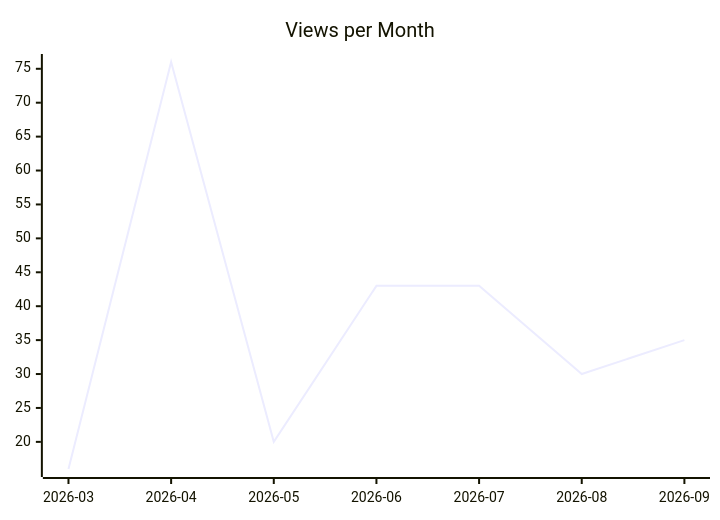
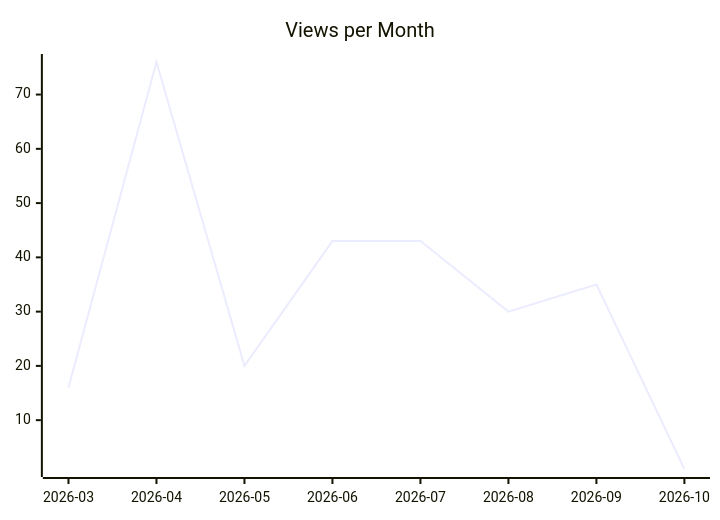
Before and after one commit to justdavis-family/github-analytics-data: the second of 3 diagrams in karlmdavis/ksoap2-android/README.md, drawn with Mermaid. The commit also changed other lines of this file and 202 other files, not shown here.

````diff
--- a/karlmdavis/ksoap2-android/README.md
+++ b/karlmdavis/ksoap2-android/README.md
@@ -12,6 +12,6 @@
 ```mermaid
 xychart-beta
   title "Views per Month"
-  x-axis ["2026-03", "2026-04", "2026-05", "2026-06", "2026-07", "2026-08", "2026-09"]
-  line [16, 76, 20, 43, 43, 30, 35]
+  x-axis ["2026-03", "2026-04", "2026-05", "2026-06", "2026-07", "2026-08", "2026-09", "2026-10"]
+  line [16, 76, 20, 43, 43, 30, 35, 1]
 ```
````
